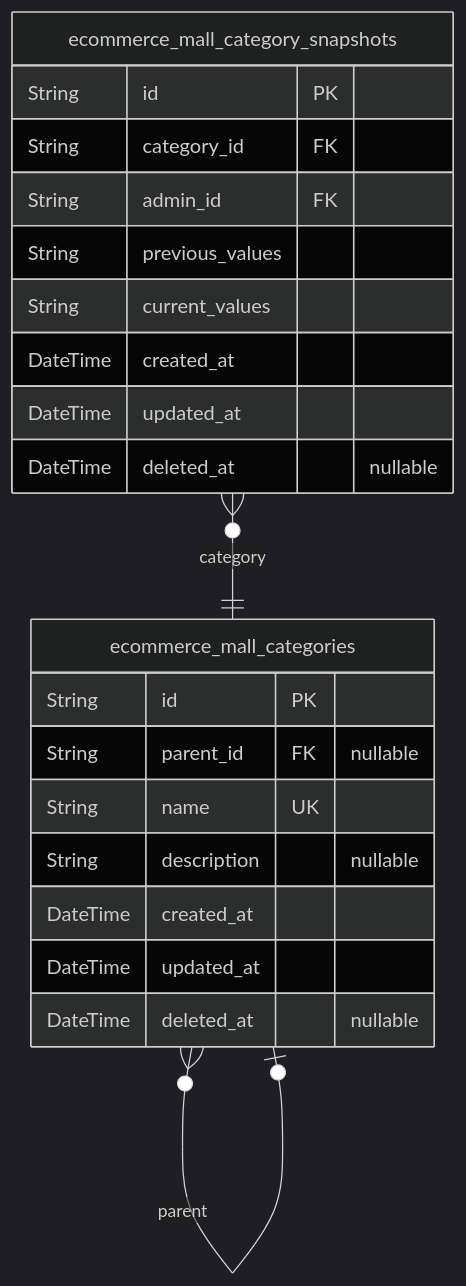
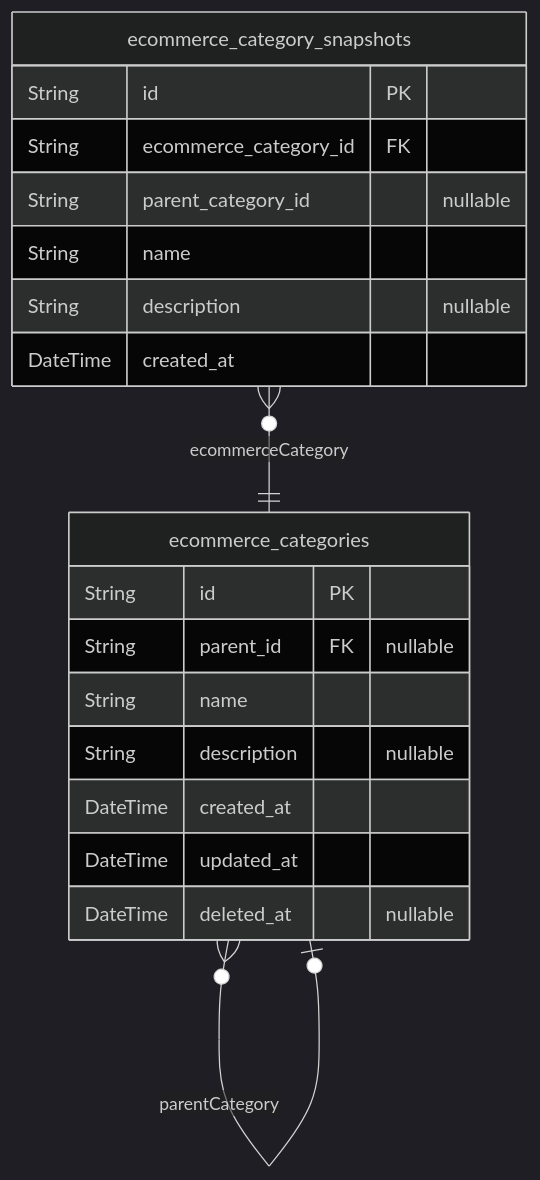
One commit to wrtnlabs/autobe-examples changed the fourth of 8 diagrams in qwen/qwen3.5-122b-a10b/shopping/docs/ERD.md. Above: the diagram before and after it, drawn with Mermaid (dark theme). The commit also changed other lines of this file and 32093 other files, not shown here.

````diff
--- a/qwen/qwen3.5-122b-a10b/shopping/docs/ERD.md
+++ b/qwen/qwen3.5-122b-a10b/shopping/docs/ERD.md
@@ -639,24 +1577,22 @@
 ```mermaid
 erDiagram
-"ecommerce_mall_categories" {
+"ecommerce_categories" {
   String id PK
   String parent_id FK "nullable"
-  String name UK
+  String name
   String description "nullable"
   DateTime created_at
   DateTime updated_at
   DateTime deleted_at "nullable"
 }
-"ecommerce_mall_category_snapshots" {
+"ecommerce_category_snapshots" {
   String id PK
-  String category_id FK
-  String admin_id FK
-  String previous_values
-  String current_values
+  String ecommerce_category_id FK
+  String parent_category_id "nullable"
+  String name
+  String description "nullable"
   DateTime created_at
-  DateTime updated_at
-  DateTime deleted_at "nullable"
 }
-"ecommerce_mall_categories" }o--o| "ecommerce_mall_categories" : parent
-"ecommerce_mall_category_snapshots" }o--|| "ecommerce_mall_categories" : category
+"ecommerce_categories" }o--o| "ecommerce_categories" : parentCategory
+"ecommerce_category_snapshots" }o--|| "ecommerce_categories" : ecommerceCategory
 ```
````
